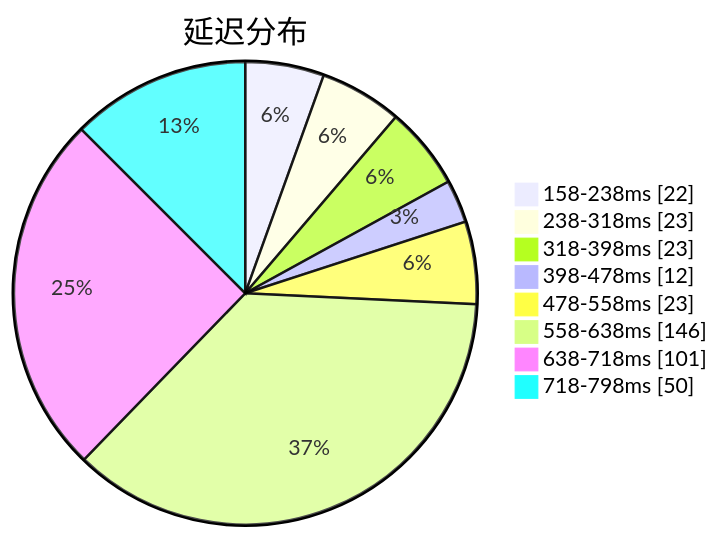
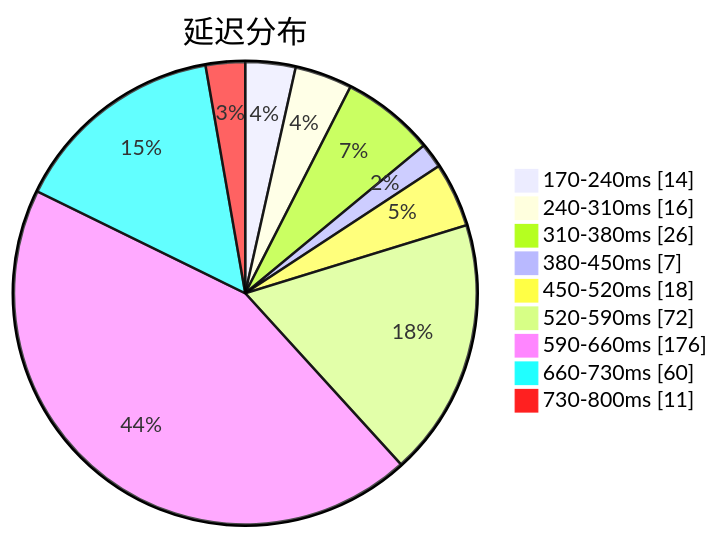
The first of 3 diagrams in subs/statistics/tested_within.md (qjlxg/airport), drawn with Mermaid before and after one commit. The commit also changed other lines of this file and 2 other files, not shown here.

Commit message:
Tested by metaST

````diff
--- a/subs/statistics/tested_within.md
+++ b/subs/statistics/tested_within.md
@@ -2,12 +2,13 @@
 ```mermaid
 pie showData
 title 延迟分布
-"158-238ms" : 22
-"238-318ms" : 23
-"318-398ms" : 23
-"398-478ms" : 12
-"478-558ms" : 23
-"558-638ms" : 146
-"638-718ms" : 101
-"718-798ms" : 50
+"170-240ms" : 14
+"240-310ms" : 16
+"310-380ms" : 26
+"380-450ms" : 7
+"450-520ms" : 18
+"520-590ms" : 72
+"590-660ms" : 176
+"660-730ms" : 60
+"730-800ms" : 11
 ```
````
